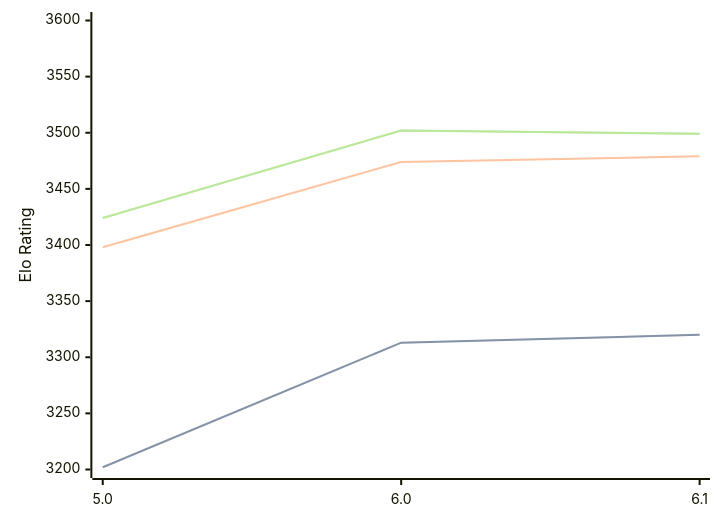
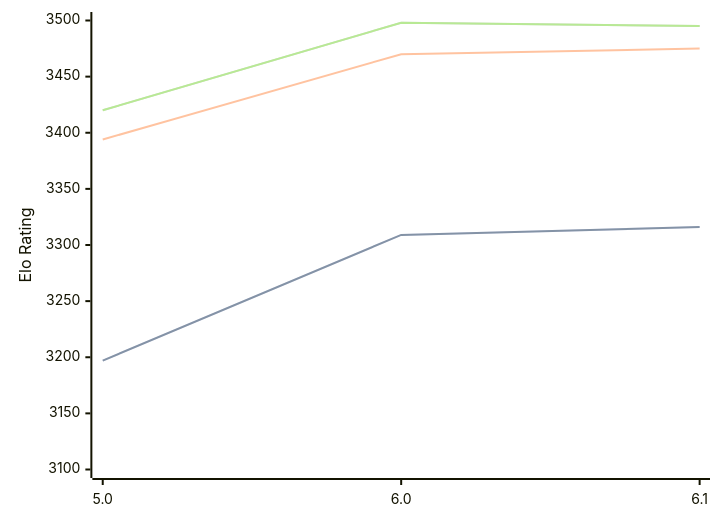
Before and after one commit to computer-chess-index/cci: the third of 3 diagrams in engines/Starzix.md, drawn with Mermaid. The commit also changed other lines of this file, not shown here.

Commit message:
Update CCI Ratings (ELO VLTC) - 2026-07-16

````diff
--- a/engines/Starzix.md
+++ b/engines/Starzix.md
@@ -70,11 +70,11 @@
 ```mermaid
 %%{init: {"theme":"base","themeVariables":{"seriesColors:['#a3a3a3','#222221','#faa371']}}}%%
 xychart-beta
   x-axis ["5.0", "6.0", "6.1"]
-  y-axis "Elo Rating" 3200 --> 3600
-  line "STC (8.0+0.08s)" [3202, 3313, 3320]
-  line "STC (8.0+0.08s)" [3202, 3313, 3320]
-  line "LTC (60.0+0.60s)" [3398, 3474, 3479]
-  line "VLTC (2m24s+1.12s)" [3424, 3502, 3499]
-  line "VLTC (2m24s+1.12s)" [3424, 3502, 3499]
+  y-axis "Elo Rating" 3100 --> 3500
+  line "STC (8.0+0.08s)" [3197, 3309, 3316]
+  line "STC (8.0+0.08s)" [3197, 3309, 3316]
+  line "LTC (60.0+0.60s)" [3394, 3470, 3475]
+  line "VLTC (2m24s+1.12s)" [3420, 3498, 3495]
+  line "VLTC (2m24s+1.12s)" [3420, 3498, 3495]
 ```
````
